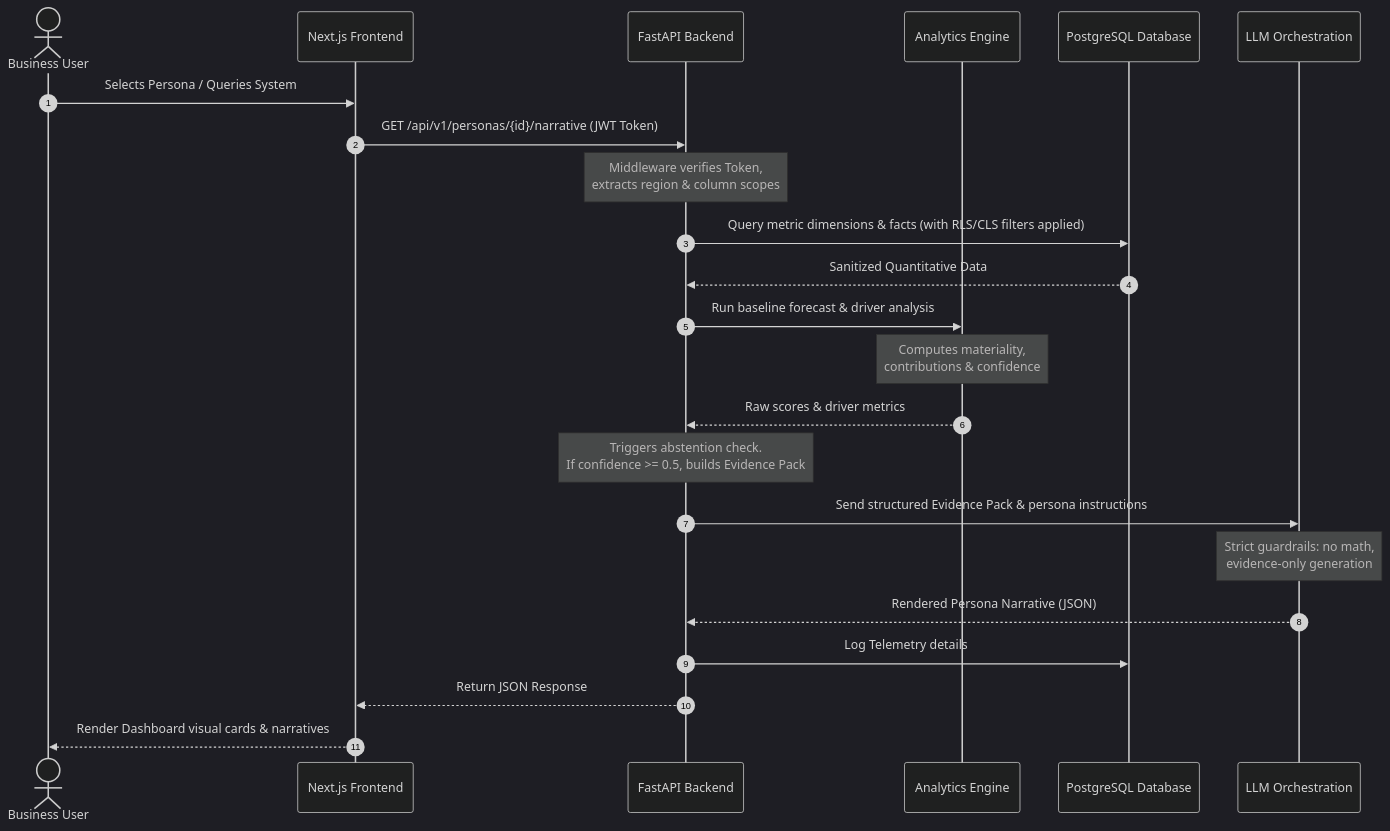
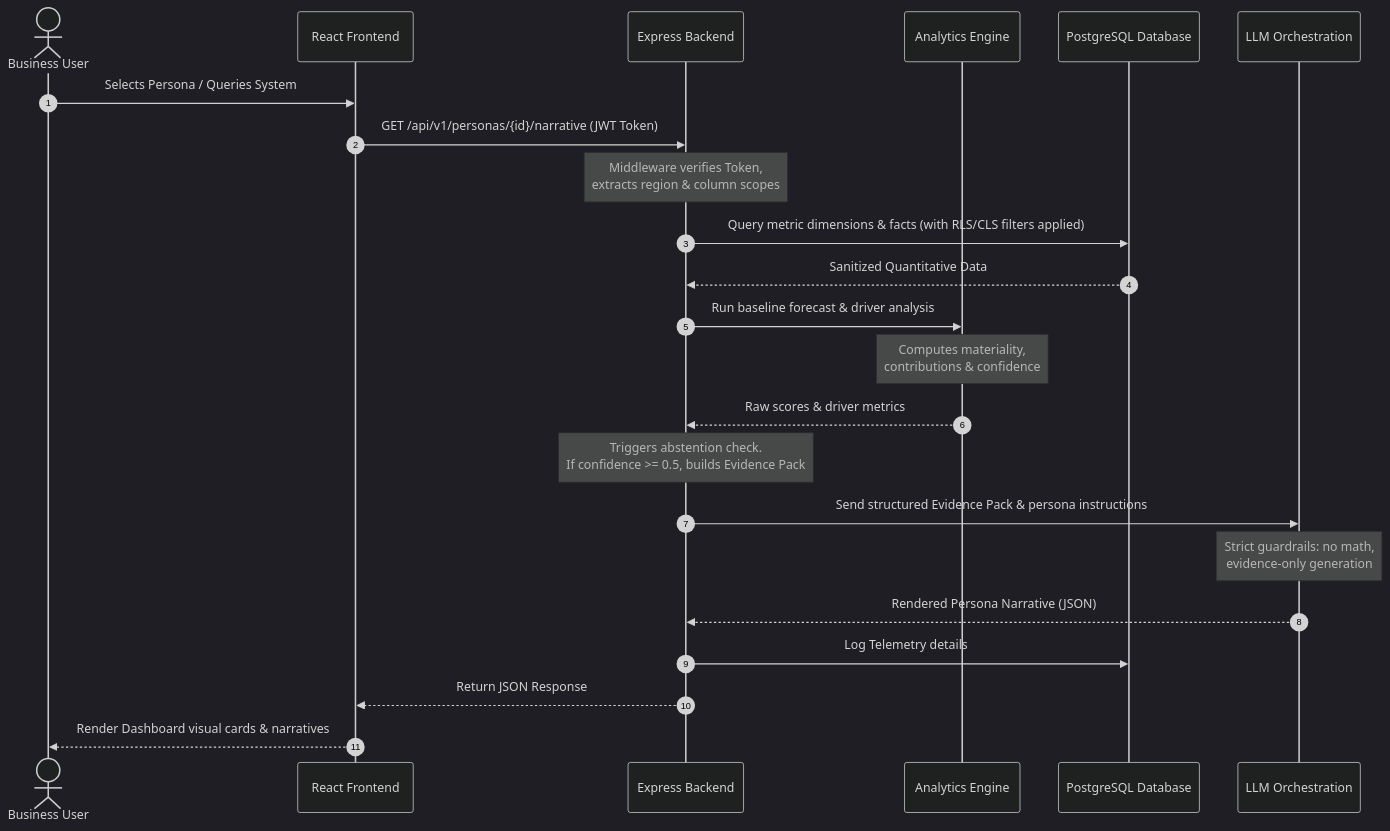
One commit to Ankit-07-chy/BusinessIntelligence_AI changed the diagram in docs/README.md. Above: the diagram before and after it, drawn with Mermaid (dark theme). The commit also changed 5 other files, not shown here.

First line of the commit message:
Switch backend/frontend stack from FastAPI+Next.js to Express+React

````diff
--- a/docs/README.md
+++ b/docs/README.md
@@ -27,26 +27,26 @@
 ```mermaid
 sequenceDiagram
     autonumber
     actor User as Business User
-    participant FE as Next.js Frontend
-    participant BE as FastAPI Backend
+    participant FE as React Frontend
+    participant BE as Express Backend
     participant AE as Analytics Engine
     participant DB as PostgreSQL Database
     participant LLM as LLM Orchestration
 
     User->>FE: Selects Persona / Queries System
     FE->>BE: GET /api/v1/personas/{id}/narrative (JWT Token)
     Note over BE: Middleware verifies Token,<br/>extracts region & column scopes
     BE->>DB: Query metric dimensions & facts (with RLS/CLS filters applied)
     DB-->>BE: Sanitized Quantitative Data
     BE->>AE: Run baseline forecast & driver analysis
     Note over AE: Computes materiality,<br/>contributions & confidence
     AE-->>BE: Raw scores & driver metrics
     Note over BE: Triggers abstention check.<br/>If confidence >= 0.5, builds Evidence Pack
     BE->>LLM: Send structured Evidence Pack & persona instructions
     Note over LLM: Strict guardrails: no math,<br/>evidence-only generation
     LLM-->>BE: Rendered Persona Narrative (JSON)
     BE->>DB: Log Telemetry details
     BE-->>FE: Return JSON Response
     FE-->>User: Render Dashboard visual cards & narratives
 ```
````
